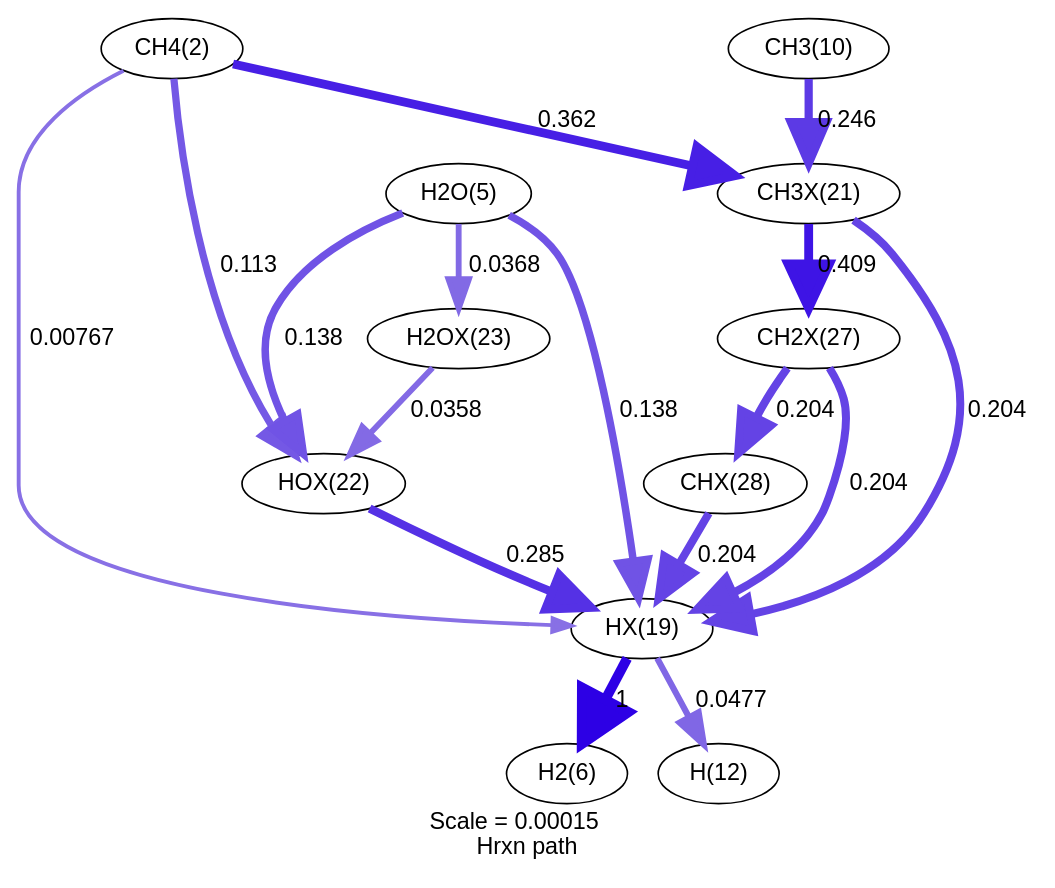
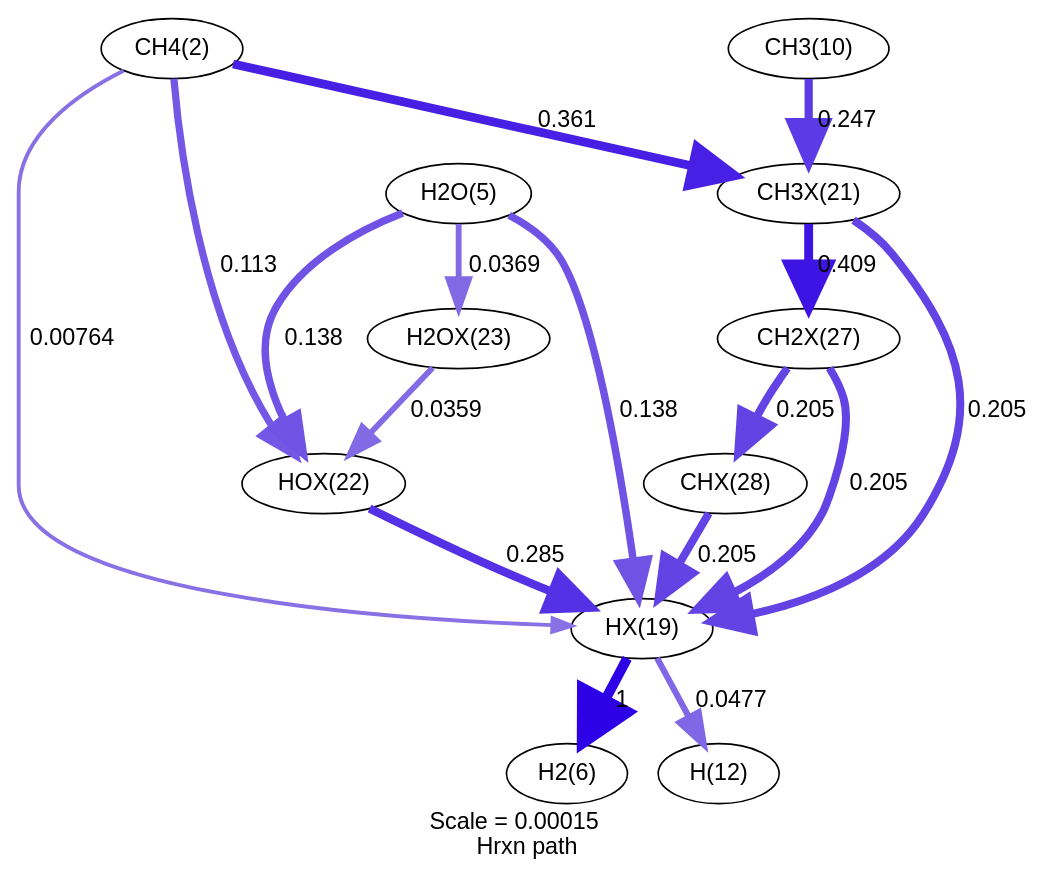
Before and after one commit to comocheng/cpox: the diagram in rh/rxnpath/rxnpath-1.1-surf-11.96mm-H.dot, drawn with Graphviz. The commit also changed 501 other files, not shown here.

```diff
--- a/rh/rxnpath/rxnpath-1.1-surf-11.96mm-H.dot
+++ b/rh/rxnpath/rxnpath-1.1-surf-11.96mm-H.dot
@@ -1,48 +1,48 @@
 digraph reaction_paths {
 center=1;
-s3 -> s23[fontname="Helvetica", penwidth=2.32, arrowsize=1.16, color="0.7, 0.508, 0.9"
-, label=" 0.00767"];
-s3 -> s26[fontname="Helvetica", penwidth=4.35, arrowsize=2.18, color="0.7, 0.613, 0.9"
+s3 -> s28[fontname="Helvetica", penwidth=2.32, arrowsize=1.16, color="0.7, 0.508, 0.9"
+, label=" 0.00764"];
+s3 -> s31[fontname="Helvetica", penwidth=4.35, arrowsize=2.18, color="0.7, 0.613, 0.9"
 , label=" 0.113"];
-s3 -> s25[fontname="Helvetica", penwidth=5.23, arrowsize=2.62, color="0.7, 0.862, 0.9"
-, label=" 0.362"];
-s23 -> s7[fontname="Helvetica", penwidth=6, arrowsize=3, color="0.7, 1.5, 0.9"
+s3 -> s30[fontname="Helvetica", penwidth=5.23, arrowsize=2.62, color="0.7, 0.861, 0.9"
+, label=" 0.361"];
+s28 -> s7[fontname="Helvetica", penwidth=6, arrowsize=3, color="0.7, 1.5, 0.9"
 , label=" 1"];
-s23 -> s13[fontname="Helvetica", penwidth=3.7, arrowsize=1.85, color="0.7, 0.548, 0.9"
+s28 -> s13[fontname="Helvetica", penwidth=3.7, arrowsize=1.85, color="0.7, 0.548, 0.9"
 , label=" 0.0477"];
-s26 -> s23[fontname="Helvetica", penwidth=5.05, arrowsize=2.53, color="0.7, 0.785, 0.9"
+s31 -> s28[fontname="Helvetica", penwidth=5.05, arrowsize=2.53, color="0.7, 0.785, 0.9"
 , label=" 0.285"];
-s6 -> s23[fontname="Helvetica", penwidth=4.5, arrowsize=2.25, color="0.7, 0.638, 0.9"
+s6 -> s28[fontname="Helvetica", penwidth=4.5, arrowsize=2.25, color="0.7, 0.638, 0.9"
 , label=" 0.138"];
-s25 -> s23[fontname="Helvetica", penwidth=4.8, arrowsize=2.4, color="0.7, 0.704, 0.9"
-, label=" 0.204"];
-s31 -> s23[fontname="Helvetica", penwidth=4.8, arrowsize=2.4, color="0.7, 0.704, 0.9"
-, label=" 0.204"];
-s32 -> s23[fontname="Helvetica", penwidth=4.8, arrowsize=2.4, color="0.7, 0.704, 0.9"
-, label=" 0.204"];
-s6 -> s26[fontname="Helvetica", penwidth=4.5, arrowsize=2.25, color="0.7, 0.638, 0.9"
+s30 -> s28[fontname="Helvetica", penwidth=4.8, arrowsize=2.4, color="0.7, 0.705, 0.9"
+, label=" 0.205"];
+s36 -> s28[fontname="Helvetica", penwidth=4.8, arrowsize=2.4, color="0.7, 0.705, 0.9"
+, label=" 0.205"];
+s37 -> s28[fontname="Helvetica", penwidth=4.8, arrowsize=2.4, color="0.7, 0.705, 0.9"
+, label=" 0.205"];
+s6 -> s31[fontname="Helvetica", penwidth=4.5, arrowsize=2.25, color="0.7, 0.638, 0.9"
 , label=" 0.138"];
-s27 -> s26[fontname="Helvetica", penwidth=3.49, arrowsize=1.74, color="0.7, 0.536, 0.9"
-, label=" 0.0358"];
-s6 -> s27[fontname="Helvetica", penwidth=3.51, arrowsize=1.75, color="0.7, 0.537, 0.9"
-, label=" 0.0368"];
-s11 -> s25[fontname="Helvetica", penwidth=4.94, arrowsize=2.47, color="0.7, 0.746, 0.9"
-, label=" 0.246"];
-s25 -> s31[fontname="Helvetica", penwidth=5.32, arrowsize=2.66, color="0.7, 0.909, 0.9"
+s32 -> s31[fontname="Helvetica", penwidth=3.49, arrowsize=1.74, color="0.7, 0.536, 0.9"
+, label=" 0.0359"];
+s6 -> s32[fontname="Helvetica", penwidth=3.51, arrowsize=1.75, color="0.7, 0.537, 0.9"
+, label=" 0.0369"];
+s11 -> s30[fontname="Helvetica", penwidth=4.94, arrowsize=2.47, color="0.7, 0.747, 0.9"
+, label=" 0.247"];
+s30 -> s36[fontname="Helvetica", penwidth=5.33, arrowsize=2.66, color="0.7, 0.909, 0.9"
 , label=" 0.409"];
-s31 -> s32[fontname="Helvetica", penwidth=4.8, arrowsize=2.4, color="0.7, 0.704, 0.9"
-, label=" 0.204"];
+s36 -> s37[fontname="Helvetica", penwidth=4.8, arrowsize=2.4, color="0.7, 0.705, 0.9"
+, label=" 0.205"];
 s3 [ fontname="Helvetica", label="CH4(2)"];
 s6 [ fontname="Helvetica", label="H2O(5)"];
 s7 [ fontname="Helvetica", label="H2(6)"];
 s11 [ fontname="Helvetica", label="CH3(10)"];
 s13 [ fontname="Helvetica", label="H(12)"];
-s23 [ fontname="Helvetica", label="HX(19)"];
-s25 [ fontname="Helvetica", label="CH3X(21)"];
-s26 [ fontname="Helvetica", label="HOX(22)"];
-s27 [ fontname="Helvetica", label="H2OX(23)"];
-s31 [ fontname="Helvetica", label="CH2X(27)"];
-s32 [ fontname="Helvetica", label="CHX(28)"];
+s28 [ fontname="Helvetica", label="HX(19)"];
+s30 [ fontname="Helvetica", label="CH3X(21)"];
+s31 [ fontname="Helvetica", label="HOX(22)"];
+s32 [ fontname="Helvetica", label="H2OX(23)"];
+s36 [ fontname="Helvetica", label="CH2X(27)"];
+s37 [ fontname="Helvetica", label="CHX(28)"];
  label = "Scale = 0.00015\l Hrxn path";
  fontname = "Helvetica";
 }
```
